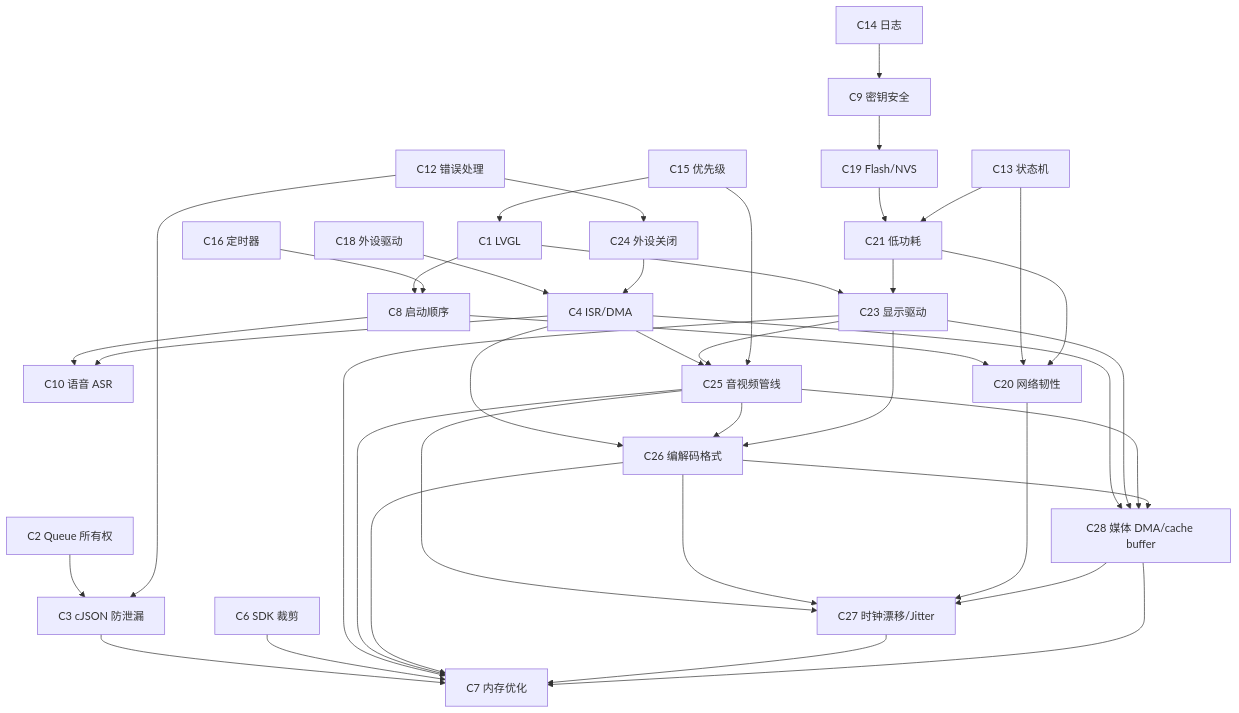
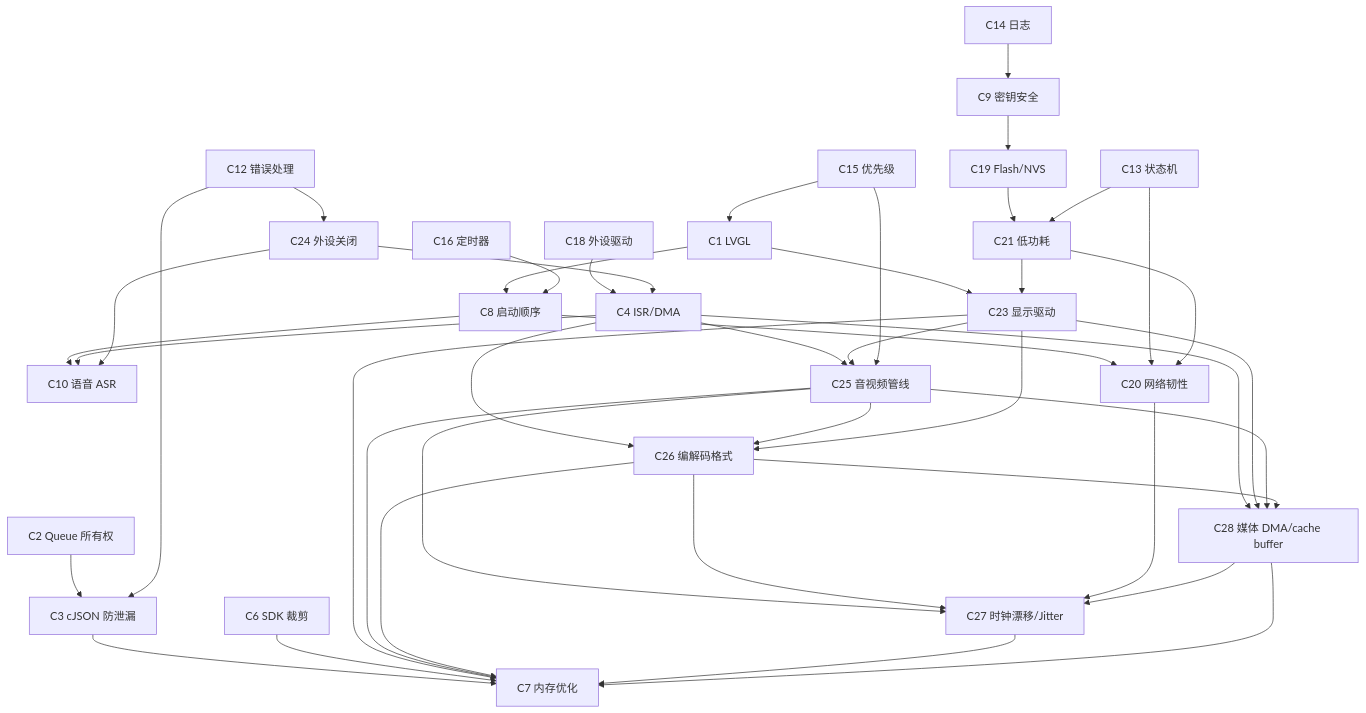
Before and after one commit to xuyalunyy-lgtm/rtos_lvgl_skill: the diagram in freertos-skill-lite/references/constraint_graph.md, drawn with Mermaid. The commit also changed other lines of this file and 41 other files, not shown here.

````diff
--- a/freertos-skill-lite/references/constraint_graph.md
+++ b/freertos-skill-lite/references/constraint_graph.md
@@ -11,43 +11,44 @@
 ```mermaid
 graph TD
     C2[ C2 Queue 所有权] --> C3[ C3 cJSON 防泄漏]
     C3 --> C7[ C7 内存优化]
     C6[ C6 SDK 裁剪] --> C7
     C8[ C8 启动顺序] --> C10[ C10 语音 ASR]
     C4[ C4 ISR/DMA] --> C10
     C9[ C9 密钥安全] --> C19[ C19 Flash/NVS]
     C8 --> C20[ C20 网络韧性]
     C1[ C1 LVGL 线程安全] --> C8
     C18[ C18 外设驱动] --> C4
     C15[ C15 优先级] --> C1[ C1 LVGL]
     C16[ C16 定时器] --> C8
     C12[ C12 错误处理] --> C3
     C13[ C13 状态机] --> C20
     C14[ C14 日志] --> C9
     C19[ C19 Flash/NVS] --> C21[ C21 低功耗]
     C21 --> C20
     C13 --> C21
     C1 --> C23[ C23 显示驱动]
     C23 --> C7
     C21 --> C23
     C12[ C12 错误处理] --> C24[ C24 外设关闭]
     C24 --> C4
+    C24 --> C10
     C4 --> C25[ C25 音视频管线]
     C23 --> C25
     C15 --> C25
     C25 --> C7
     C4 --> C26[ C26 编解码格式]
     C25 --> C26
     C23 --> C26
     C26 --> C7
     C25 --> C27[ C27 时钟漂移/Jitter]
     C26 --> C27
     C20 --> C27
     C27 --> C7
     C4 --> C28[ C28 媒体 DMA/cache buffer]
     C23 --> C28
     C25 --> C28
     C26 --> C28
     C28 --> C7
     C28 --> C27
 ```
````
